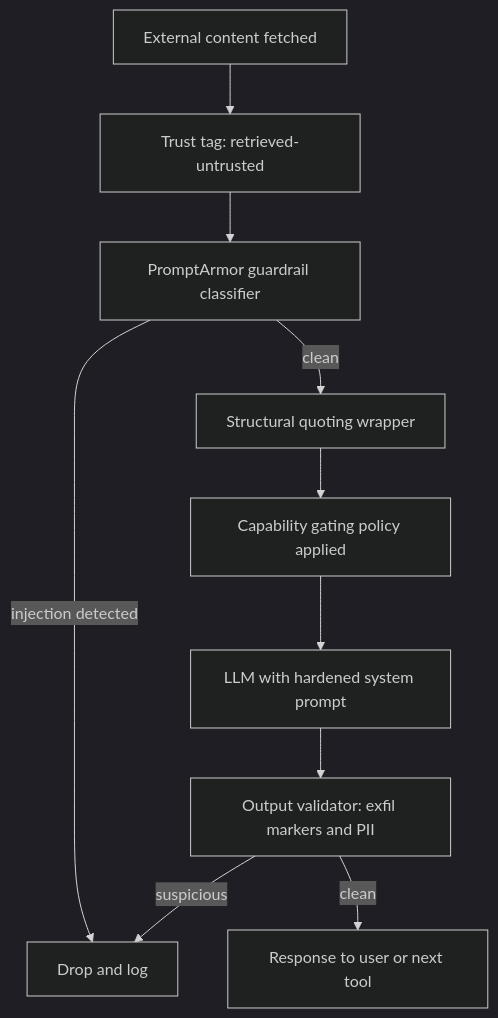
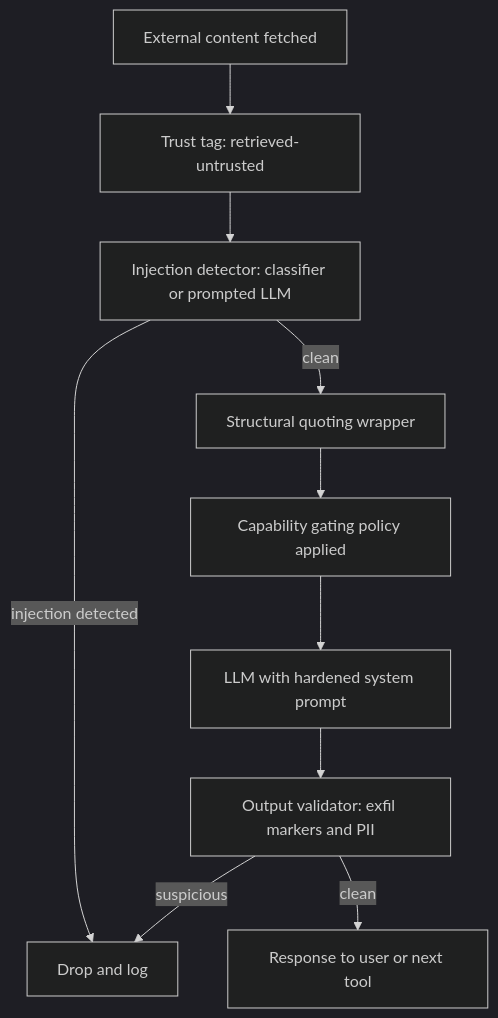
The second of 2 diagrams in 12-security-and-access/01-llm-security.md (dongphuongman/ai-system-design-guide), drawn with Mermaid (dark theme) before and after one commit. The commit also changed other lines of this file and 78 other files, not shown here.

````diff
--- a/12-security-and-access/01-llm-security.md
+++ b/12-security-and-access/01-llm-security.md
@@ -741,12 +741,12 @@
 ```mermaid
 flowchart TD
     A[External content fetched] --> B[Trust tag: retrieved-untrusted]
-    B --> C[PromptArmor guardrail classifier]
+    B --> C[Injection detector: classifier or prompted LLM]
     C -->|injection detected| X[Drop and log]
     C -->|clean| D[Structural quoting wrapper]
     D --> E[Capability gating policy applied]
     E --> F[LLM with hardened system prompt]
     F --> G[Output validator: exfil markers and PII]
     G -->|clean| H[Response to user or next tool]
     G -->|suspicious| X
 ```
````
